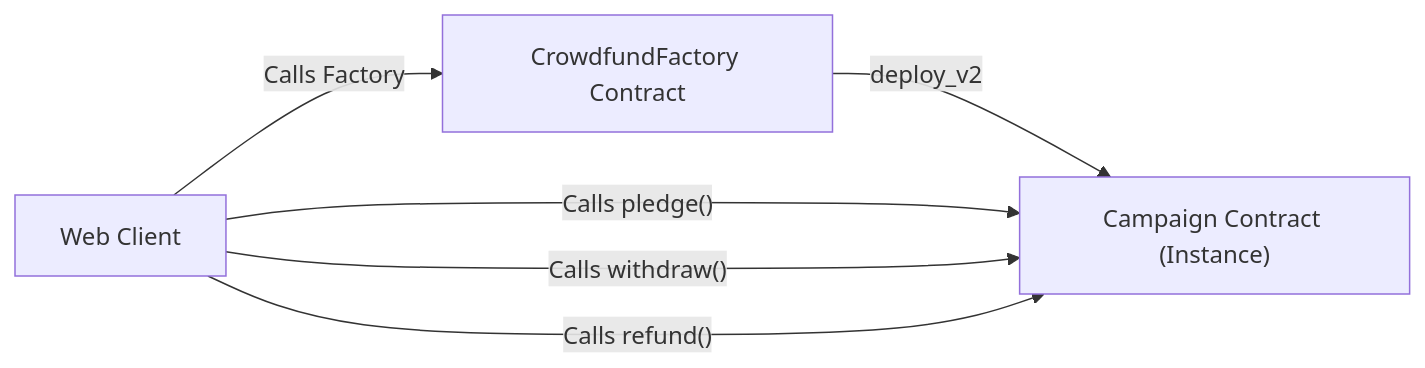
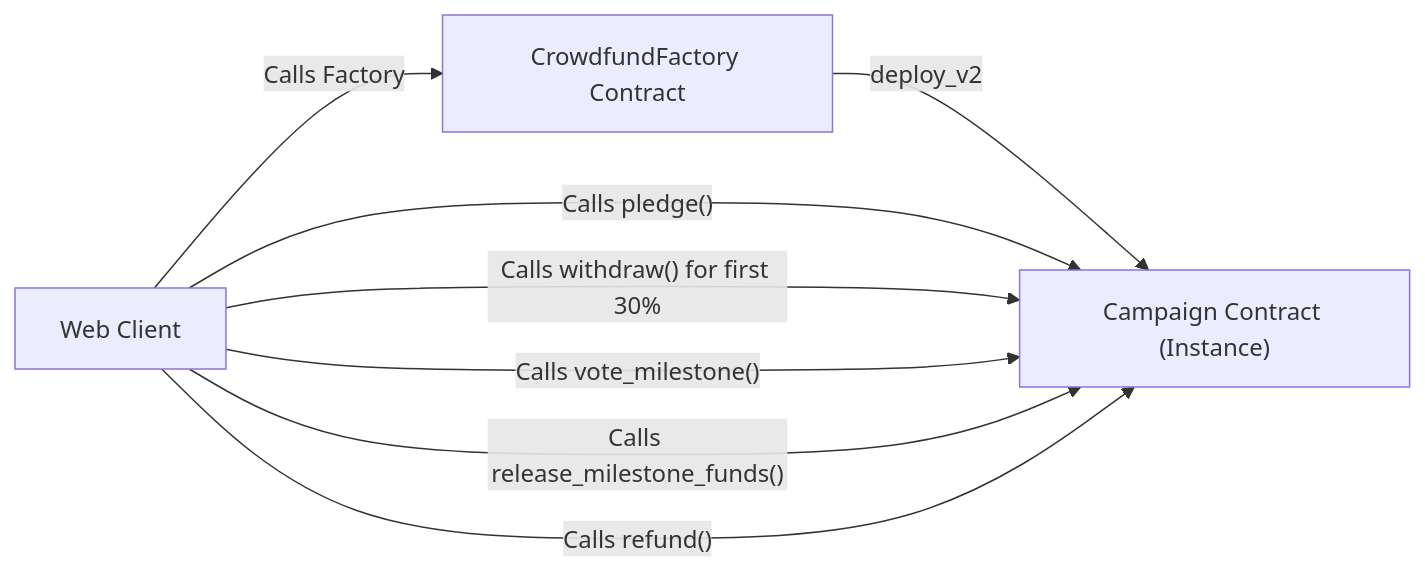
The second of 2 diagrams in README.md (thisisouvik/Fundr), drawn with Mermaid before and after one commit. The commit also changed other lines of this file, not shown here.

````diff
--- a/README.md
+++ b/README.md
@@ -154,8 +213,10 @@
 ```mermaid
 graph LR;
     A["Web Client"] -->|Calls Factory| B["CrowdfundFactory Contract"];
     B -->|deploy_v2| C["Campaign Contract (Instance)"];
     A -->|"Calls pledge()"| C;
-    A -->|"Calls withdraw()"| C;
+    A -->|"Calls withdraw() for first 30%"| C;
+    A -->|"Calls vote_milestone()"| C;
+    A -->|"Calls release_milestone_funds()"| C;
     A -->|"Calls refund()"| C;
 ```
````
